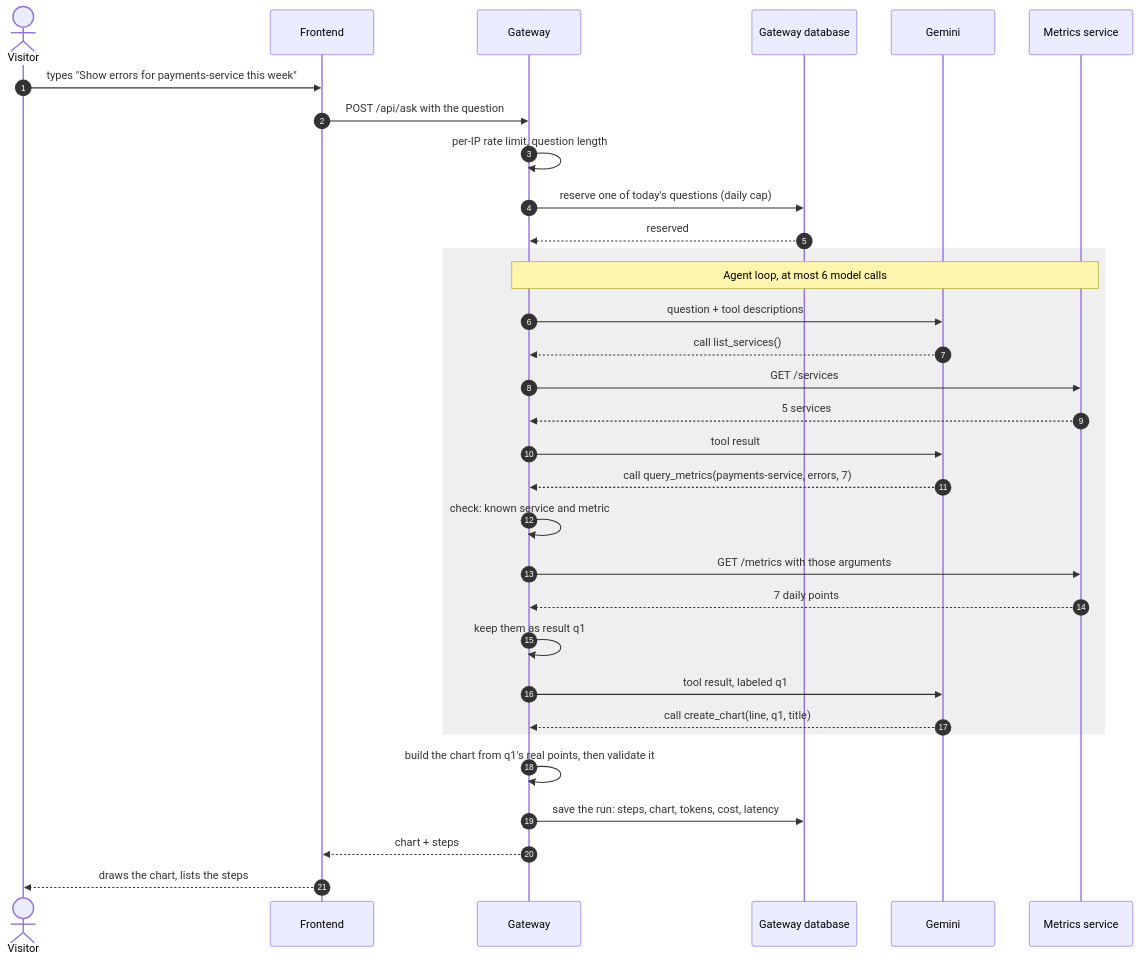
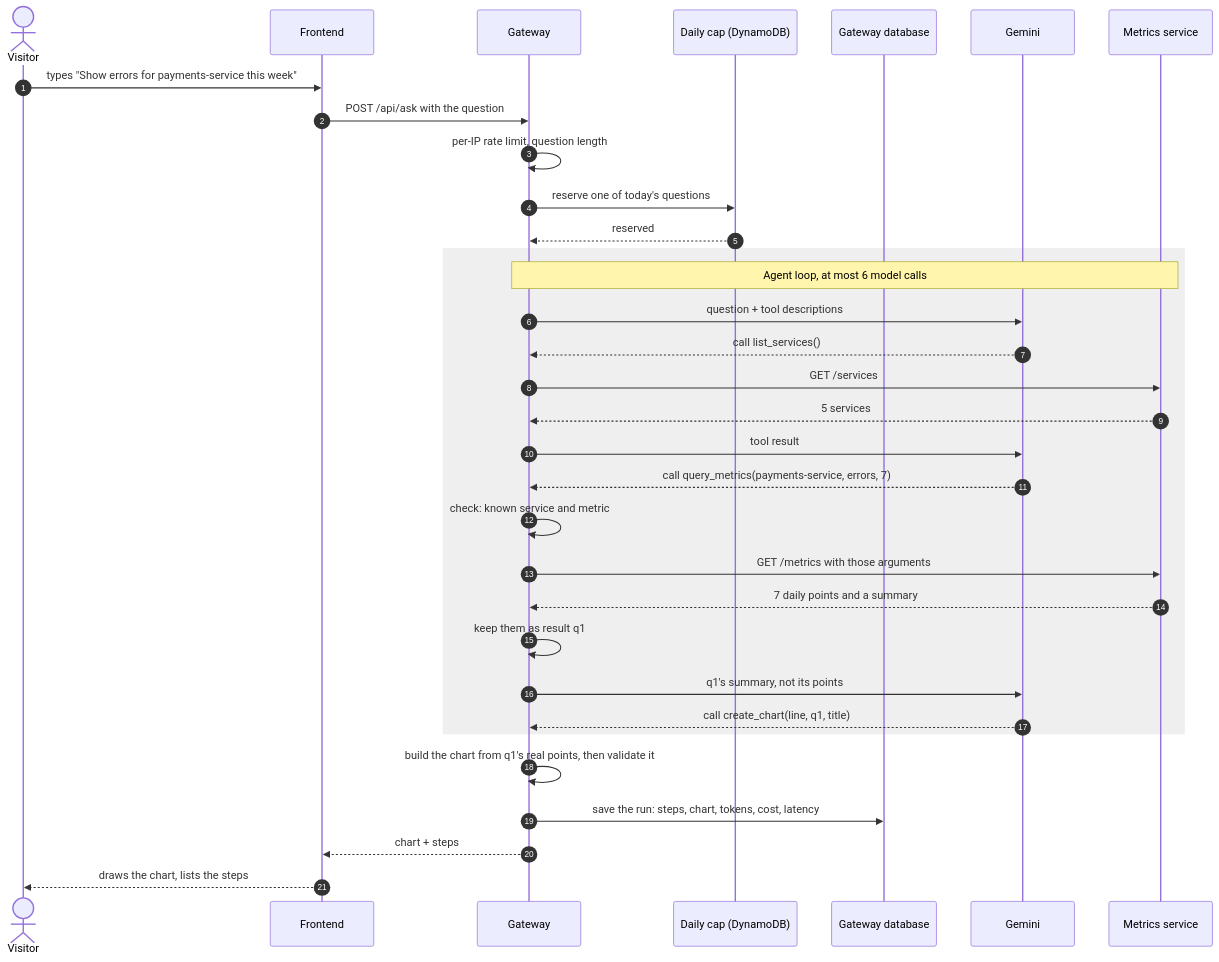
Before and after one commit to vovadyach/dashgen: the third of 7 diagrams in docs/design.md, drawn with Mermaid. The commit also changed other lines of this file and 4 other files, not shown here.

````diff
--- a/docs/design.md
+++ b/docs/design.md
@@ -159,35 +162,36 @@
 ```mermaid
 sequenceDiagram
     autonumber
     actor V as Visitor
     participant F as Frontend
     participant G as Gateway
+    participant C as Daily cap (DynamoDB)
     participant DB as Gateway database
     participant LLM as Gemini
     participant M as Metrics service
 
     V->>F: types "Show errors for payments-service this week"
     F->>G: POST /api/ask with the question
     G->>G: per-IP rate limit, question length
-    G->>DB: reserve one of today's questions (daily cap)
-    DB-->>G: reserved
+    G->>C: reserve one of today's questions
+    C-->>G: reserved
     rect rgba(127, 127, 127, 0.12)
         Note over G,M: Agent loop, at most 6 model calls
         G->>LLM: question + tool descriptions
         LLM-->>G: call list_services()
         G->>M: GET /services
         M-->>G: 5 services
         G->>LLM: tool result
         LLM-->>G: call query_metrics(payments-service, errors, 7)
         G->>G: check: known service and metric
         G->>M: GET /metrics with those arguments
-        M-->>G: 7 daily points
+        M-->>G: 7 daily points and a summary
         G->>G: keep them as result q1
-        G->>LLM: tool result, labeled q1
+        G->>LLM: q1's summary, not its points
         LLM-->>G: call create_chart(line, q1, title)
     end
     G->>G: build the chart from q1's real points, then validate it
     G->>DB: save the run: steps, chart, tokens, cost, latency
     G-->>F: chart + steps
     F-->>V: draws the chart, lists the steps
 ```
````
